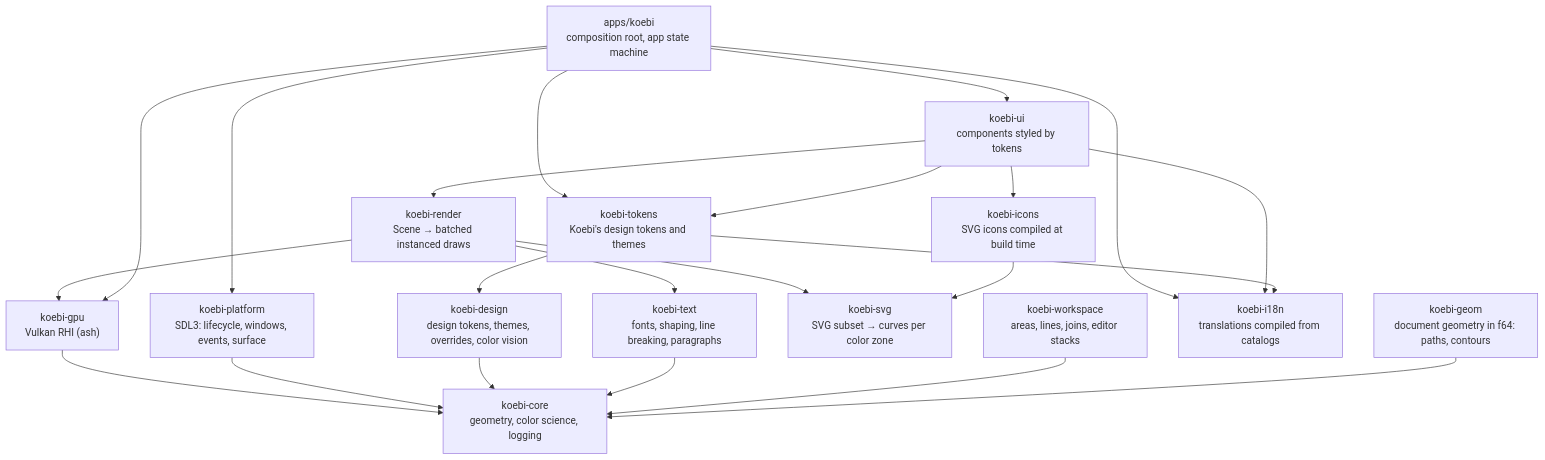
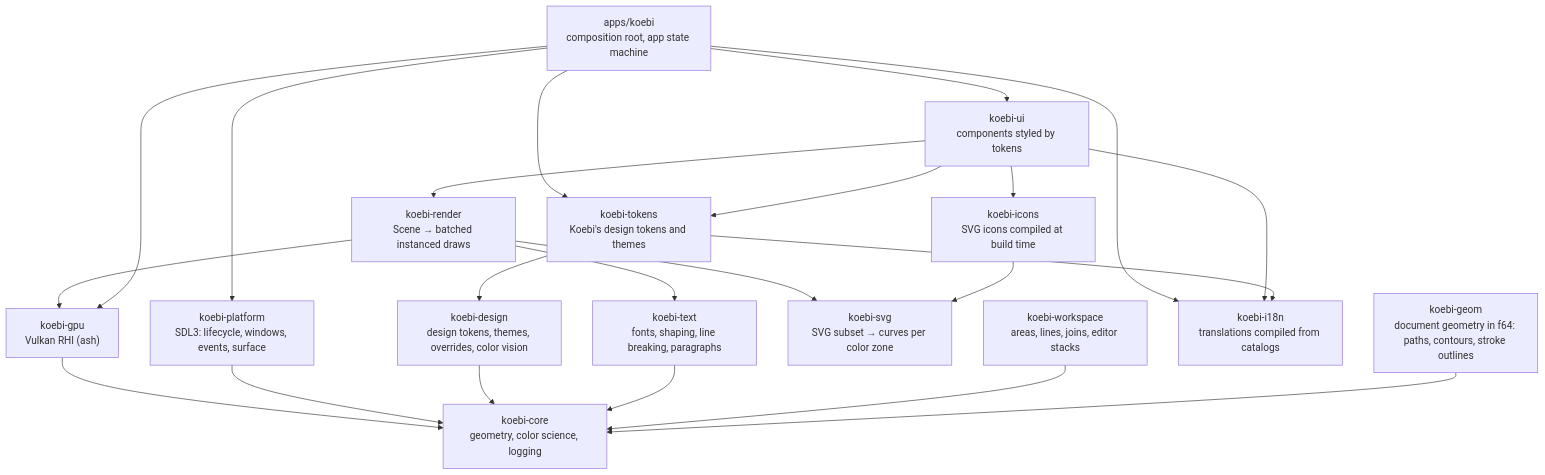
One commit to Kolosta/Koebi changed the first of 2 diagrams in docs/architecture/overview.md. Above: the diagram before and after it, drawn with Mermaid. The commit also changed other lines of this file and 12 other files, not shown here.

Commit message:
feat(geom): stroke outlines with every align, cap, join and dash, united by the non-zero rule (#267)

````diff
--- a/docs/architecture/overview.md
+++ b/docs/architecture/overview.md
@@ -8,31 +8,31 @@
 ```mermaid
 flowchart TD
     app["apps/koebi<br/>composition root, app state machine"]
     ui["koebi-ui<br/>components styled by tokens"]
     render["koebi-render<br/>Scene → batched instanced draws"]
     gpu["koebi-gpu<br/>Vulkan RHI (ash)"]
     platform["koebi-platform<br/>SDL3: lifecycle, windows, events, surface"]
     tokens["koebi-tokens<br/>Koebi's design tokens and themes"]
     design["koebi-design<br/>design tokens, themes, overrides, color vision"]
     text["koebi-text<br/>fonts, shaping, line breaking, paragraphs"]
     svg["koebi-svg<br/>SVG subset → curves per color zone"]
     icons["koebi-icons<br/>SVG icons compiled at build time"]
     workspace["koebi-workspace<br/>areas, lines, joins, editor stacks"]
     i18n["koebi-i18n<br/>translations compiled from catalogs"]
-    geom["koebi-geom<br/>document geometry in f64: paths, contours"]
+    geom["koebi-geom<br/>document geometry in f64: paths, contours, stroke outlines"]
     core["koebi-core<br/>geometry, color science, logging"]
     app --> ui --> render --> gpu --> core
     render --> text
     render --> svg
     ui --> icons --> svg
     app --> platform --> core
     app --> gpu
     app --> tokens
     ui --> tokens --> design --> core
     text --> core
     workspace --> core
     geom --> core
     app --> i18n
     ui --> i18n
     tokens --> i18n
 ```
````
